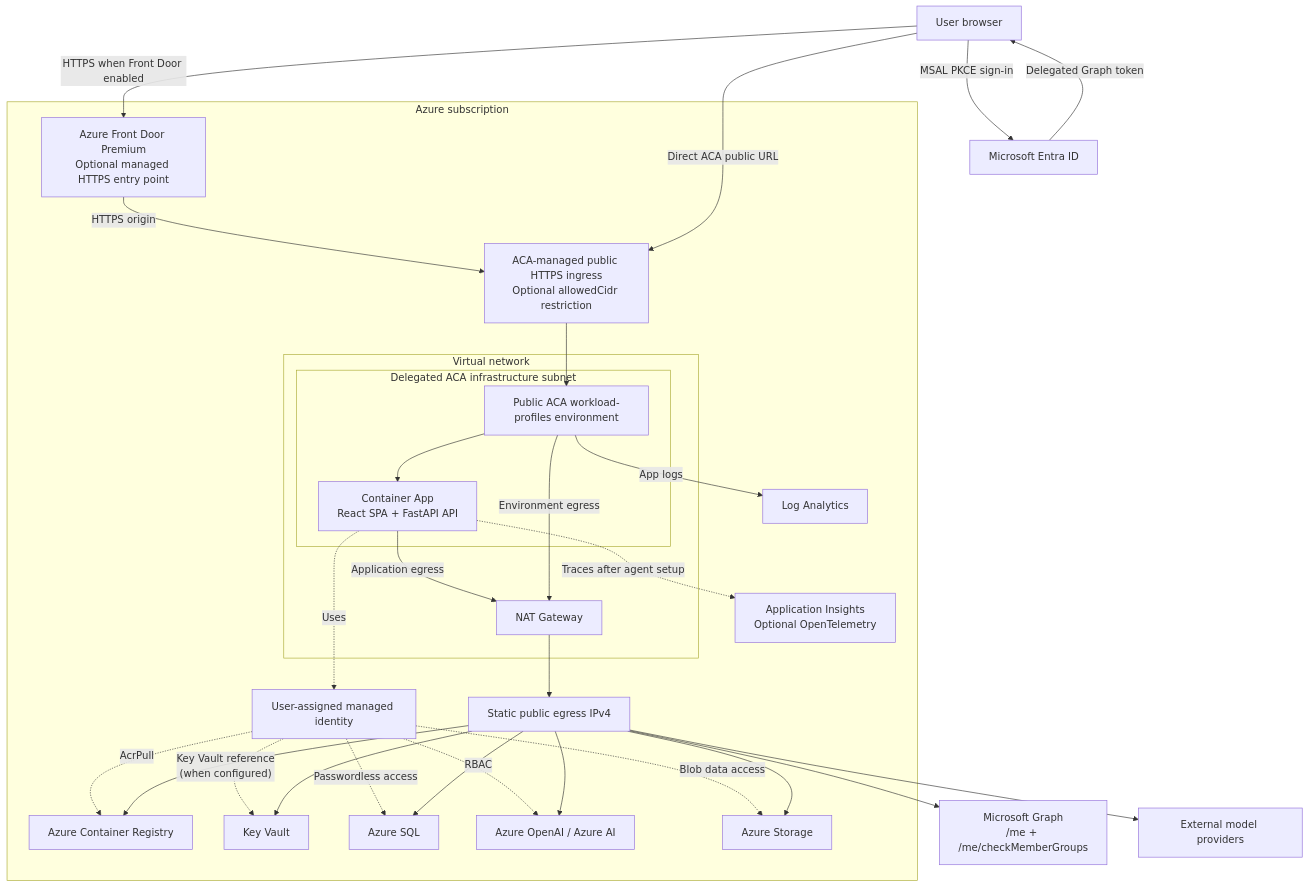
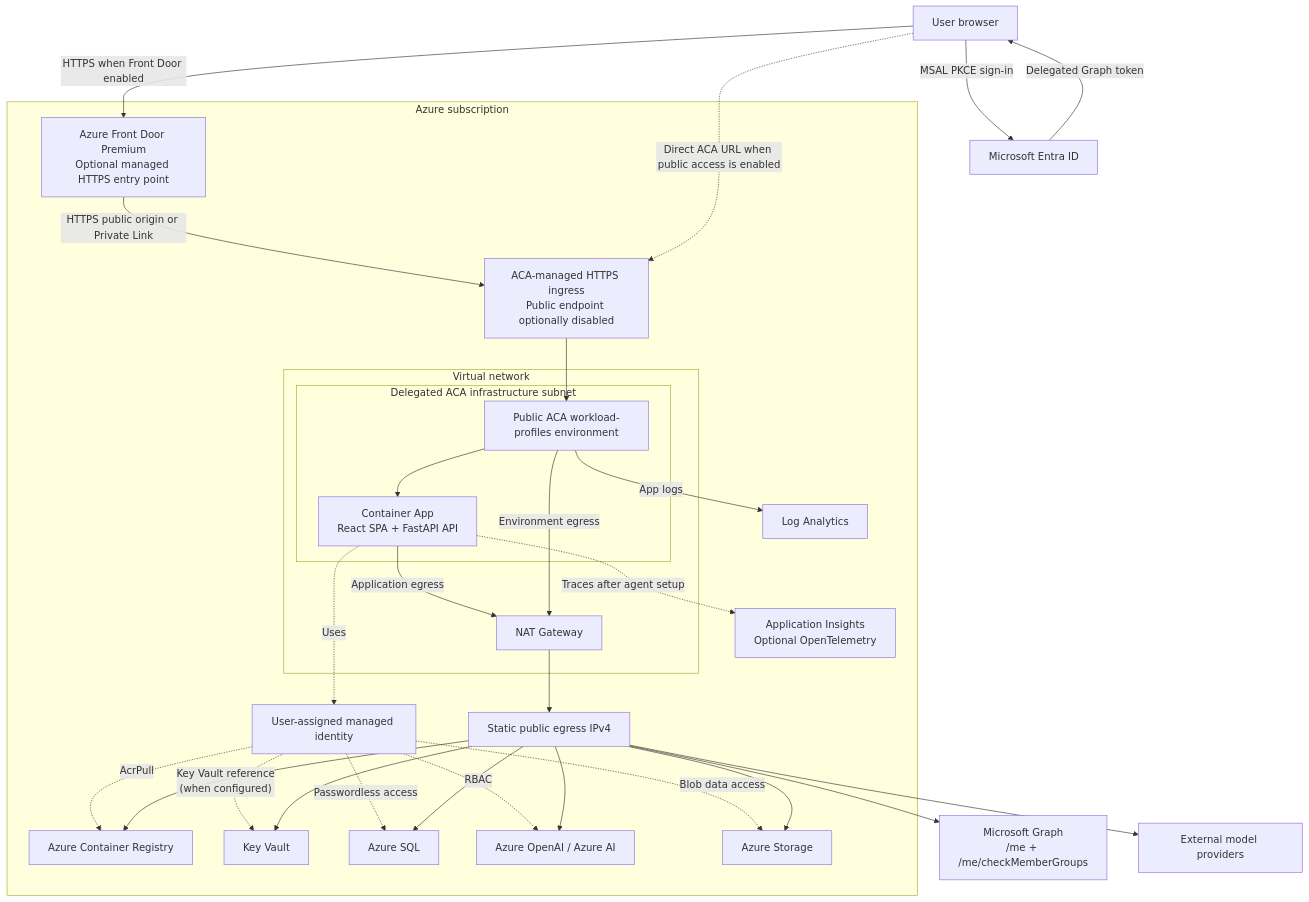
The diagram in infra/README.md (microsoft/PyRIT), drawn with Mermaid before and after one commit. The commit also changed other lines of this file and 8 other files, not shown here.

First line of the commit message:
FEAT: Isolate CoPyRIT AFD origins with Private Link

````diff
--- a/infra/README.md
+++ b/infra/README.md
@@ -7,59 +7,59 @@
 ```mermaid
 flowchart TB
   user["User browser"]
   entra["Microsoft Entra ID"]
   msGraph["Microsoft Graph<br/>/me + /me/checkMemberGroups"]
   providers["External model providers"]
 
   subgraph azure["Azure subscription"]
     frontDoor["Azure Front Door Premium<br/>Optional managed HTTPS entry point"]
-    ingress["ACA-managed public HTTPS ingress<br/>Optional allowedCidr restriction"]
+    ingress["ACA-managed HTTPS ingress<br/>Public endpoint optionally disabled"]
 
     subgraph vnet["Virtual network"]
       subgraph subnet["Delegated ACA infrastructure subnet"]
         environment["Public ACA workload-profiles environment"]
         app["Container App<br/>React SPA + FastAPI API"]
         environment --> app
       end
       nat["NAT Gateway"]
     end
 
     egress["Static public egress IPv4"]
     identity["User-assigned managed identity"]
     acr["Azure Container Registry"]
     keyVault["Key Vault"]
     sql["Azure SQL"]
     azureAi["Azure OpenAI / Azure AI"]
     storage["Azure Storage"]
     logAnalytics["Log Analytics"]
     appInsights["Application Insights<br/>Optional OpenTelemetry"]
   end
 
   user -->|"HTTPS when Front Door enabled"| frontDoor
-  frontDoor -->|"HTTPS origin"| ingress
-  user -->|"Direct ACA public URL"| ingress
+  frontDoor -->|"HTTPS public origin or Private Link"| ingress
+  user -.->|"Direct ACA URL when public access is enabled"| ingress
   ingress --> environment
   user -->|"MSAL PKCE sign-in"| entra
   entra -->|"Delegated Graph token"| user
 
   app -.->|"Uses"| identity
   identity -.->|"AcrPull"| acr
   identity -.->|"Key Vault reference<br/>(when configured)"| keyVault
   identity -.->|"Passwordless access"| sql
   identity -.->|"RBAC"| azureAi
   identity -.->|"Blob data access"| storage
 
   app -->|"Application egress"| nat
   environment -->|"Environment egress"| nat
   nat --> egress
   egress --> msGraph
   egress --> acr
   egress --> keyVault
   egress --> sql
   egress --> azureAi
   egress --> storage
   egress --> providers
 
   environment -->|"App logs"| logAnalytics
   app -.->|"Traces after agent setup"| appInsights
 ```
````
